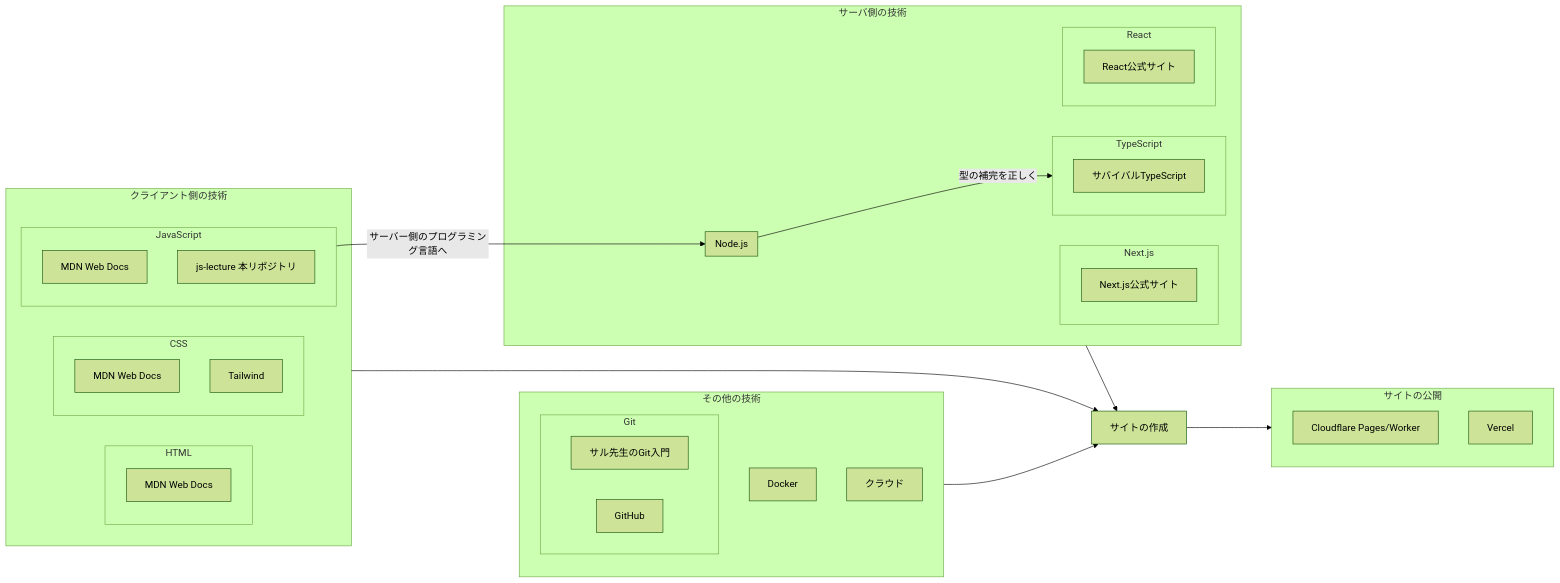
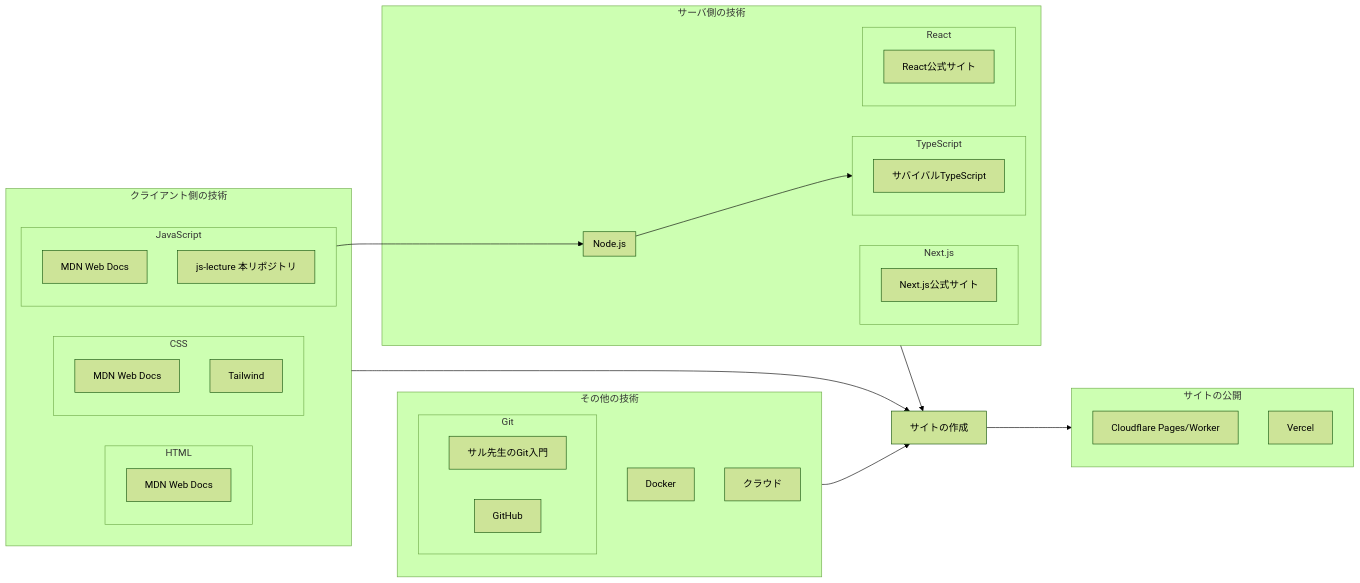
The diagram in 12.R6-2月新規向け/README.md (forestfamily4/js-lecture), drawn with Mermaid (forest theme) before and after one commit.

````diff
--- a/12.R6-2月新規向け/README.md
+++ b/12.R6-2月新規向け/README.md
@@ -3,73 +3,73 @@
 ```mermaid
 graph LR
 
     subgraph s3[その他の技術]
         subgraph s3-1[Git]
             F[サル先生のGit入門]
             F2[GitHub]
         end
         Docker
         クラウド
     end
 
     subgraph s1[サーバ側の技術]
         subgraph s1-1[Next.js]
             A[Next.js公式サイト]
         end
         
         subgraph s2-5[Node.js]
 
         end
         subgraph s2-4[TypeScript]
             E3[サバイバルTypeScript]
         end
         subgraph s1-2[React]
             B[React公式サイト]
         end
     end
 
     subgraph s2[クライアント側の技術]
         subgraph s2-1[HTML]
             C[MDN Web Docs]
             end
         subgraph s2-2[CSS]
             D[MDN Web Docs]
             D2[Tailwind]
         end
         subgraph s2-3[JavaScript]
             E[MDN Web Docs]
             E2[js-lecture 本リポジトリ]
 
         end
     end
 
 
 
     G[サイトの作成]
 
     subgraph s5[サイトの公開]
         H1[Cloudflare Pages/Worker]
         H2[Vercel]
     end
 
     s1 --> G
     s2 --> G
     s3 --> G
 
-    s2-3 --サーバー側のプログラミング言語へ --> s2-5
+    s2-3 --> s2-5
 
-    s2-5 -- 型の補完を正しく --> s2-4
+    s2-5 --> s2-4
 
     G --> s5
 
     click A href "https://nextjs.org/docs"
     click B href "https://ja.react.dev/learn"
     click C href "https://developer.mozilla.org/ja/docs/Learn/HTML/Introduction_to_HTML"
     click D href "https://developer.mozilla.org/ja/docs/Learn/CSS/First_steps"
     click D2 href "https://tailwindcss.com/docs"
     click E href "https://developer.mozilla.org/ja/docs/Web/JavaScript"
     click F href "https://backlog.com/ja/git-tutorial/"
     click E3 href "https://typescriptbook.jp/"
     click H1 href "https://pages.cloudflare.com/"
     click H2 href "https://vercel.com/"
 ```
````
